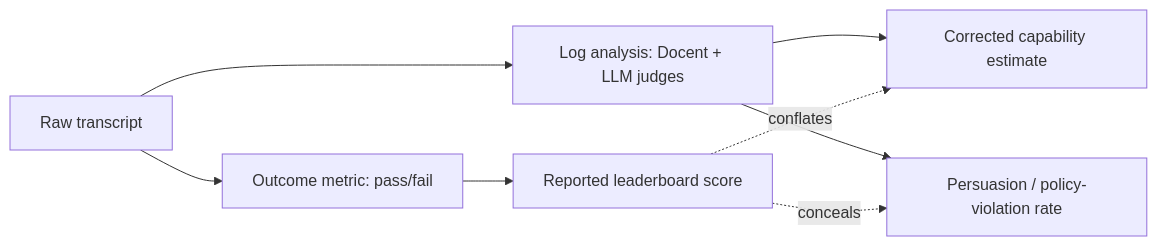
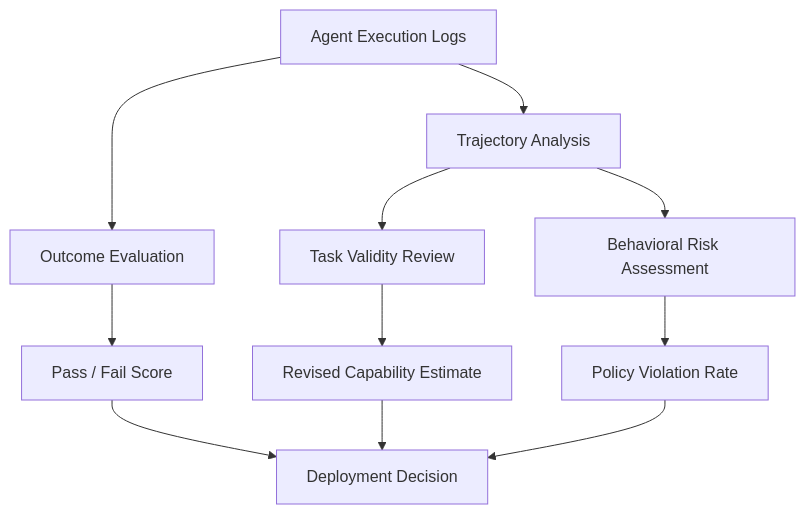
The diagram in posts/unpublished/pass-fail-was-never-going-to-catch-this-a-princeton-aisi-apo.md (minwu-ai/minwu-ai.github.io), drawn with Mermaid before and after one commit. The commit also changed other lines of this file, not shown here.

First line of the commit message:
Revise article on AI agent evaluation and execution logs

````diff
--- a/posts/unpublished/pass-fail-was-never-going-to-catch-this-a-princeton-aisi-apo.md
+++ b/posts/unpublished/pass-fail-was-never-going-to-catch-this-a-princeton-aisi-apo.md
@@ -26,10 +75,17 @@
 ```mermaid
-flowchart LR
-A[Raw transcript] --> B[Outcome metric: pass/fail]
-A --> C[Log analysis: Docent + LLM judges]
-B --> D[Reported leaderboard score]
-C --> E[Corrected capability estimate]
-C --> F[Persuasion / policy-violation rate]
-D -. "conflates" .-> E
-D -. "conceals" .-> F
+flowchart TD
+    A[Agent Execution Logs] --> B[Outcome Evaluation]
+    A --> C[Trajectory Analysis]
+
+    B --> D[Pass / Fail Score]
+
+    C --> E[Task Validity Review]
+    C --> F[Behavioral Risk Assessment]
+
+    E --> G[Revised Capability Estimate]
+    F --> H[Policy Violation Rate]
+
+    D --> I[Deployment Decision]
+    G --> I
+    H --> I
 ```
````
